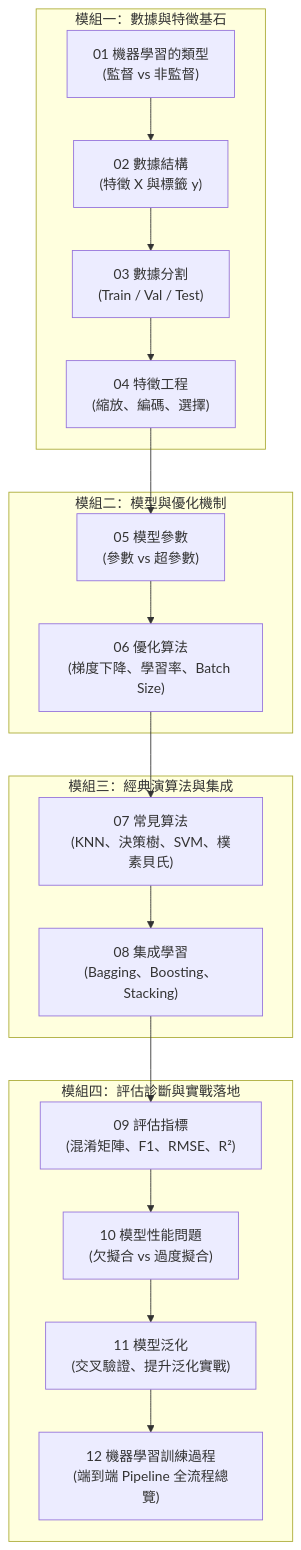
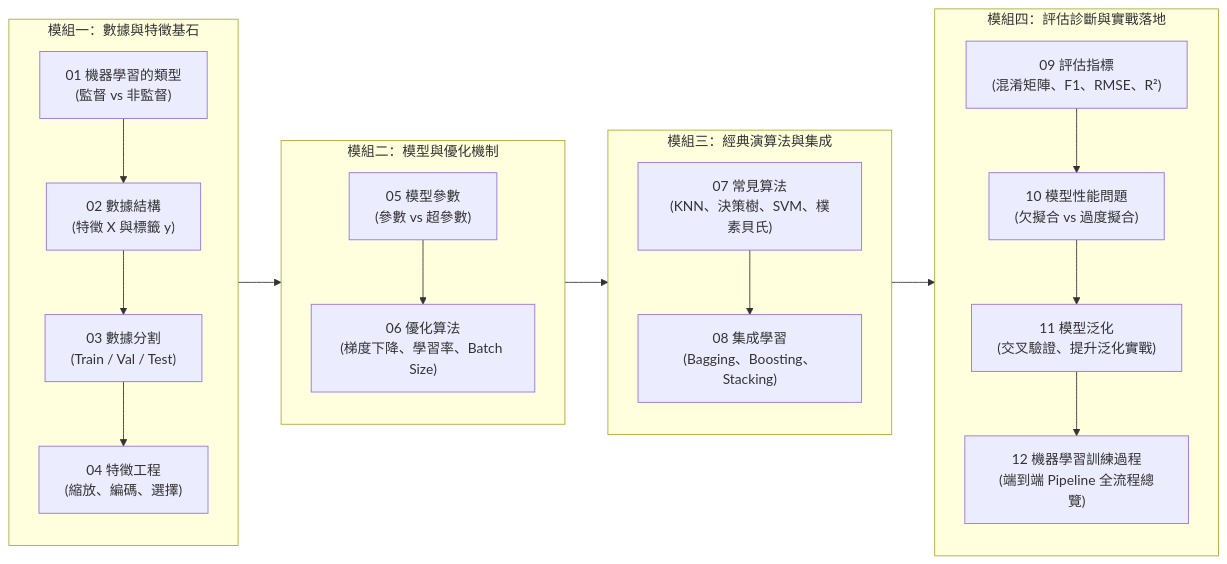
One commit to roberthsu2003/machine_learning changed the diagram in 名詞解釋/README.md. Above: the diagram before and after it, drawn with Mermaid.

Commit message:
學習路線圖改為橫向四欄排版

````diff
--- a/名詞解釋/README.md
+++ b/名詞解釋/README.md
@@ -10,38 +10,42 @@
 ```mermaid
-flowchart TD
+flowchart LR
     subgraph G1 ["模組一：數據與特徵基石"]
+        direction TB
         M1["01 機器學習的類型<br>(監督 vs 非監督)"]
         M2["02 數據結構<br>(特徵 X 與標籤 y)"]
         M3["03 數據分割<br>(Train / Val / Test)"]
         M4["04 特徵工程<br>(縮放、編碼、選擇)"]
         M1 --> M2
         M2 --> M3
         M3 --> M4
     end
 
     subgraph G2 ["模組二：模型與優化機制"]
+        direction TB
         M5["05 模型參數<br>(參數 vs 超參數)"]
         M6["06 優化算法<br>(梯度下降、學習率、Batch Size)"]
         M5 --> M6
     end
 
     subgraph G3 ["模組三：經典演算法與集成"]
+        direction TB
         M7["07 常見算法<br>(KNN、決策樹、SVM、樸素貝氏)"]
         M8["08 集成學習<br>(Bagging、Boosting、Stacking)"]
         M7 --> M8
     end
 
     subgraph G4 ["模組四：評估診斷與實戰落地"]
+        direction TB
         M9["09 評估指標<br>(混淆矩陣、F1、RMSE、R²)"]
         M10["10 模型性能問題<br>(欠擬合 vs 過度擬合)"]
         M11["11 模型泛化<br>(交叉驗證、提升泛化實戰)"]
         M12["12 機器學習訓練過程<br>(端到端 Pipeline 全流程總覽)"]
         M9 --> M10
         M10 --> M11
         M11 --> M12
     end
 
     M4 --> M5
     M6 --> M7
     M8 --> M9
 ```
````
